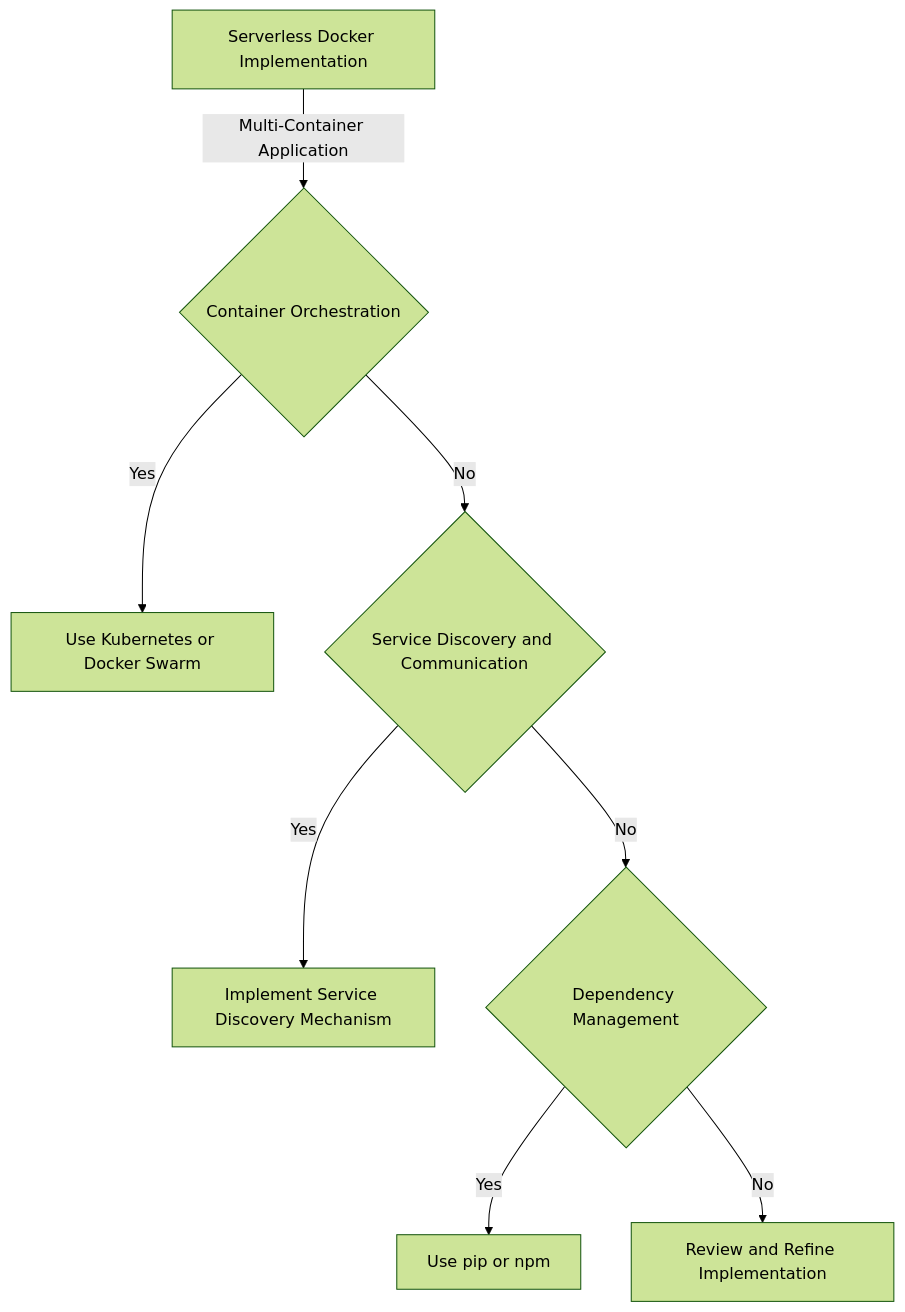
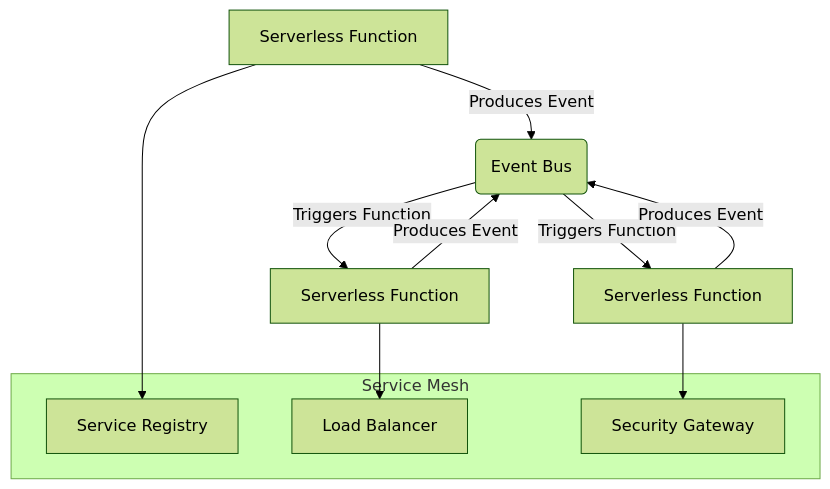
The diagram in docs/blogs/The_Complete_Guide_to_Serverless_Docker_Optimization_Implementations_Part_3.md (baaghinitesh/dailly-notes), drawn with Mermaid (forest theme) before and after one commit. The commit also changed other lines of this file and 5 other files, not shown here.

````diff
--- a/docs/blogs/The_Complete_Guide_to_Serverless_Docker_Optimization_Implementations_Part_3.md
+++ b/docs/blogs/The_Complete_Guide_to_Serverless_Docker_Optimization_Implementations_Part_3.md
@@ -30,10 +30,16 @@
 ```mermaid
 flowchart TD
-    A[Serverless Docker Implementation] -->|Multi-Container Application| B{Container Orchestration}
-    B -->|Yes| C["Use Kubernetes or Docker Swarm"]
-    B -->|No| D{"Service Discovery and Communication"}
-    D -->|Yes| E[Implement Service Discovery Mechanism]
-    D -->|No| F{Dependency Management}
-    F -->|Yes| G[Use pip or npm]
-    F -->|No| H[Review and Refine Implementation]
+    A[Serverless Function] -->| Produces Event | B(Event Bus)
+    B -->| Triggers Function | C[Serverless Function]
+    C -->| Produces Event | B
+    B -->| Triggers Function | D[Serverless Function]
+    D -->| Produces Event | B
+    subgraph Service Mesh
+        E[Service Registry]
+        F[Load Balancer]
+        G[Security Gateway]
+    end
+    A --> E
+    C --> F
+    D --> G
 ```
````
